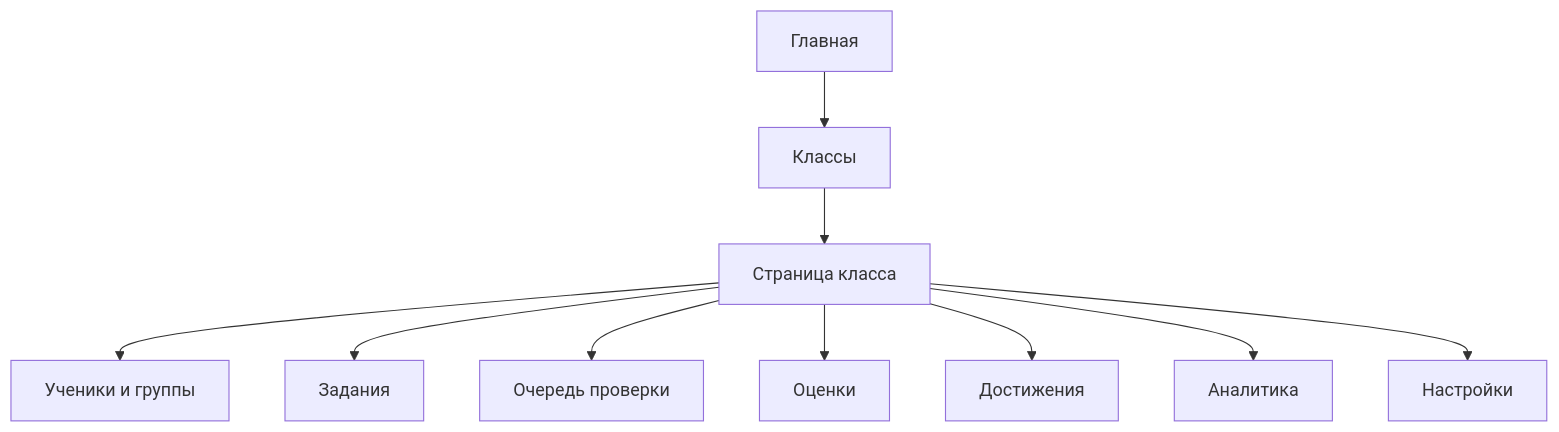
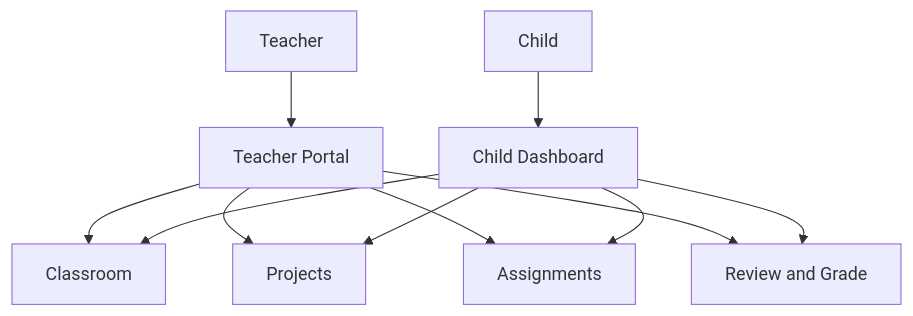
Diagram 12 of 13 in docs/product/CAPABILITY_MAP.md (spikeal8-maker/asa-lab), drawn with Mermaid before and after one commit. The commit also changed other lines of this file, not shown here.

````diff
--- a/docs/product/CAPABILITY_MAP.md
+++ b/docs/product/CAPABILITY_MAP.md
@@ -231,23 +317,22 @@
 ```mermaid
 flowchart TB
-    HOME[Главная]
-    CLASSES[Классы]
-    CLASS[Страница класса]
-    ROSTER[Ученики и группы]
-    ASSIGNMENTS[Задания]
-    REVIEW[Очередь проверки]
-    GRADEBOOK[Оценки]
-    REWARDS[Достижения]
-    ANALYTICS[Аналитика]
-    SETTINGS[Настройки]
+    T[Teacher]
+    C[Child]
+    TP[Teacher Portal]
+    CD[Child Dashboard]
+    CLASS[Classroom]
+    PROJECT[Projects]
+    ASSIGN[Assignments]
+    REVIEW[Review and Grade]
 
-    HOME --> CLASSES
-    CLASSES --> CLASS
-    CLASS --> ROSTER
-    CLASS --> ASSIGNMENTS
-    CLASS --> REVIEW
-    CLASS --> GRADEBOOK
-    CLASS --> REWARDS
-    CLASS --> ANALYTICS
-    CLASS --> SETTINGS
+    T --> TP
+    C --> CD
+    TP --> CLASS
+    TP --> PROJECT
+    TP --> ASSIGN
+    TP --> REVIEW
+    CD --> CLASS
+    CD --> PROJECT
+    CD --> ASSIGN
+    CD --> REVIEW
 ```
````
